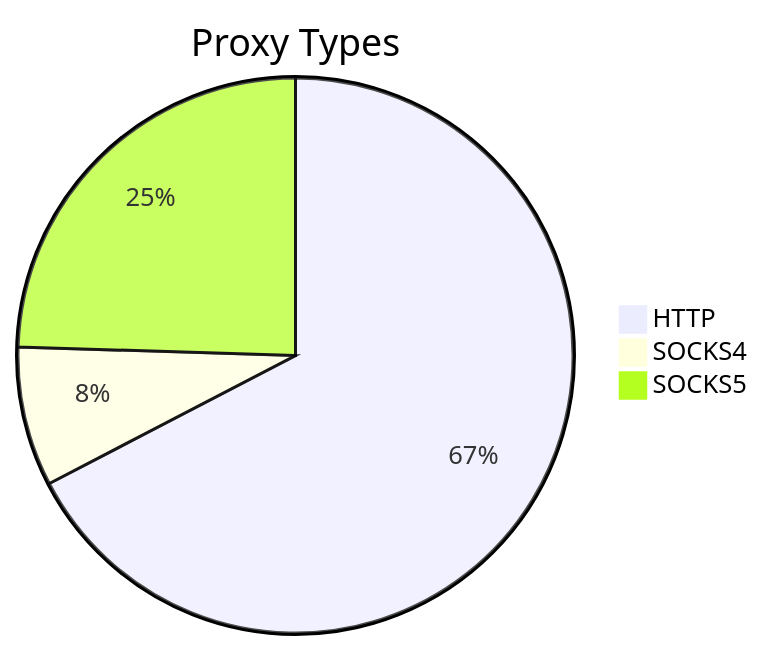
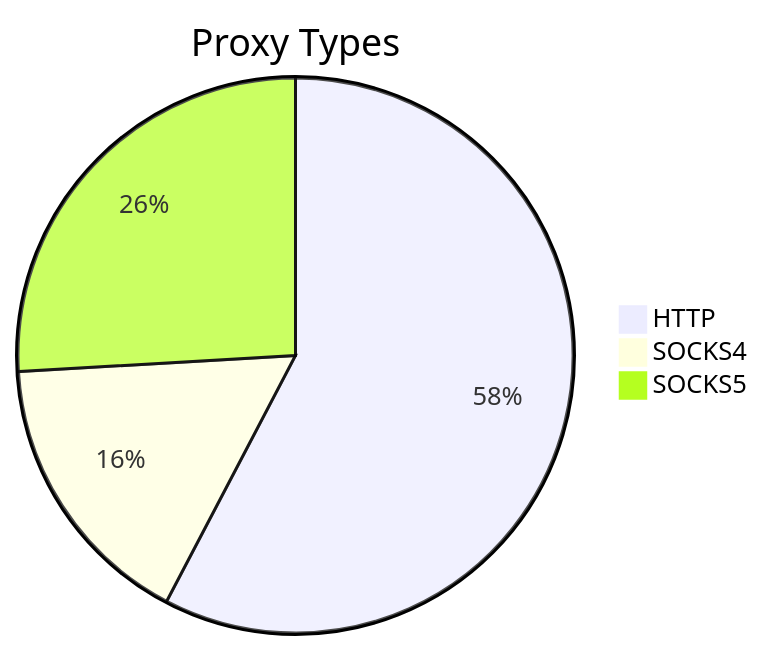
Before and after one commit to stormsia/proxy-list: the first of 2 diagrams in README.md, drawn with Mermaid. The commit also changed other lines of this file, not shown here.

````diff
--- a/README.md
+++ b/README.md
@@ -21,6 +21,6 @@
 ```mermaid
 pie title Proxy Types
-    "HTTP" : 448
-    "SOCKS4" : 54
-    "SOCKS5" : 163
+    "HTTP" : 563
+    "SOCKS4" : 160
+    "SOCKS5" : 253
 ```
````
